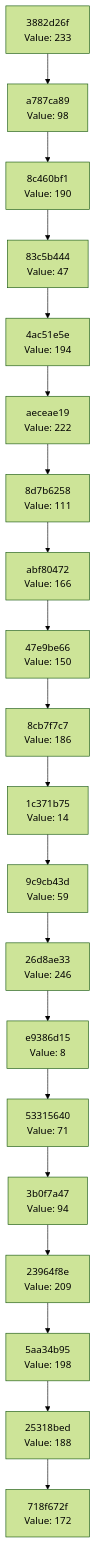
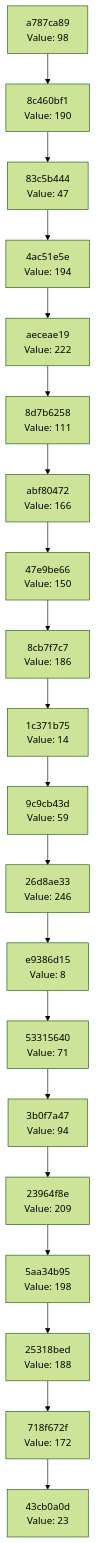
Before and after one commit to Abhisheksinha1506/hash-chain-evolver: the diagram in docs/CHAIN_VISUALIZATION.md, drawn with Mermaid (forest theme). The commit also changed 2 other files, not shown here.

Commit message:
Evolution step: hash 0x17 → action executed

````diff
--- a/docs/CHAIN_VISUALIZATION.md
+++ b/docs/CHAIN_VISUALIZATION.md
@@ -3,42 +3,42 @@
 ```mermaid
 graph TD
-    C0["718f672f<br/>Value: 172"]
-    C1["25318bed<br/>Value: 188"]
+    C0["43cb0a0d<br/>Value: 23"]
+    C1["718f672f<br/>Value: 172"]
     C1 --> C0
-    C2["5aa34b95<br/>Value: 198"]
+    C2["25318bed<br/>Value: 188"]
     C2 --> C1
-    C3["23964f8e<br/>Value: 209"]
+    C3["5aa34b95<br/>Value: 198"]
     C3 --> C2
-    C4["3b0f7a47<br/>Value: 94"]
+    C4["23964f8e<br/>Value: 209"]
     C4 --> C3
-    C5["53315640<br/>Value: 71"]
+    C5["3b0f7a47<br/>Value: 94"]
     C5 --> C4
-    C6["e9386d15<br/>Value: 8"]
+    C6["53315640<br/>Value: 71"]
     C6 --> C5
-    C7["26d8ae33<br/>Value: 246"]
+    C7["e9386d15<br/>Value: 8"]
     C7 --> C6
-    C8["9c9cb43d<br/>Value: 59"]
+    C8["26d8ae33<br/>Value: 246"]
     C8 --> C7
-    C9["1c371b75<br/>Value: 14"]
+    C9["9c9cb43d<br/>Value: 59"]
     C9 --> C8
-    C10["8cb7f7c7<br/>Value: 186"]
+    C10["1c371b75<br/>Value: 14"]
     C10 --> C9
-    C11["47e9be66<br/>Value: 150"]
+    C11["8cb7f7c7<br/>Value: 186"]
     C11 --> C10
-    C12["abf80472<br/>Value: 166"]
+    C12["47e9be66<br/>Value: 150"]
     C12 --> C11
-    C13["8d7b6258<br/>Value: 111"]
+    C13["abf80472<br/>Value: 166"]
     C13 --> C12
-    C14["aeceae19<br/>Value: 222"]
+    C14["8d7b6258<br/>Value: 111"]
     C14 --> C13
-    C15["4ac51e5e<br/>Value: 194"]
+    C15["aeceae19<br/>Value: 222"]
     C15 --> C14
-    C16["83c5b444<br/>Value: 47"]
+    C16["4ac51e5e<br/>Value: 194"]
     C16 --> C15
-    C17["8c460bf1<br/>Value: 190"]
+    C17["83c5b444<br/>Value: 47"]
     C17 --> C16
-    C18["a787ca89<br/>Value: 98"]
+    C18["8c460bf1<br/>Value: 190"]
     C18 --> C17
-    C19["3882d26f<br/>Value: 233"]
+    C19["a787ca89<br/>Value: 98"]
     C19 --> C18
 ```
````
